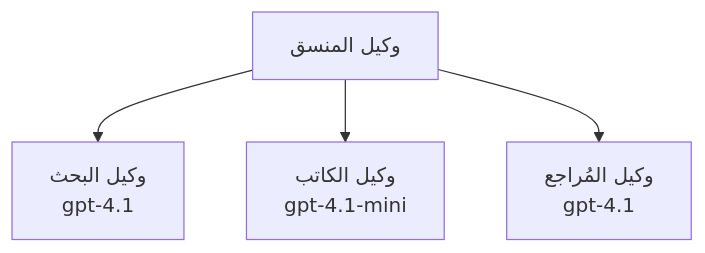
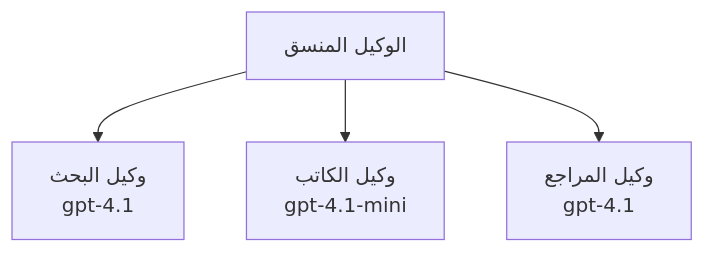
The third of 3 diagrams in translations/ar/docs/chapter-02-ai-development/agents.md (microsoft/AZD-for-beginners), drawn with Mermaid before and after one commit. The commit also changed other lines of this file and 101 other files, not shown here.

````diff
--- a/translations/ar/docs/chapter-02-ai-development/agents.md
+++ b/translations/ar/docs/chapter-02-ai-development/agents.md
@@ -189,6 +194,6 @@
 ```mermaid
 graph TD
-    Orchestrator[وكيل المنسق] --> Research[وكيل البحث<br/>gpt-4.1]
+    Orchestrator[الوكيل المنسق] --> Research[وكيل البحث<br/>gpt-4.1]
     Orchestrator --> Writer[وكيل الكاتب<br/>gpt-4.1-mini]
-    Orchestrator --> Reviewer[وكيل المُراجع<br/>gpt-4.1]
+    Orchestrator --> Reviewer[وكيل المراجع<br/>gpt-4.1]
 ```
````
